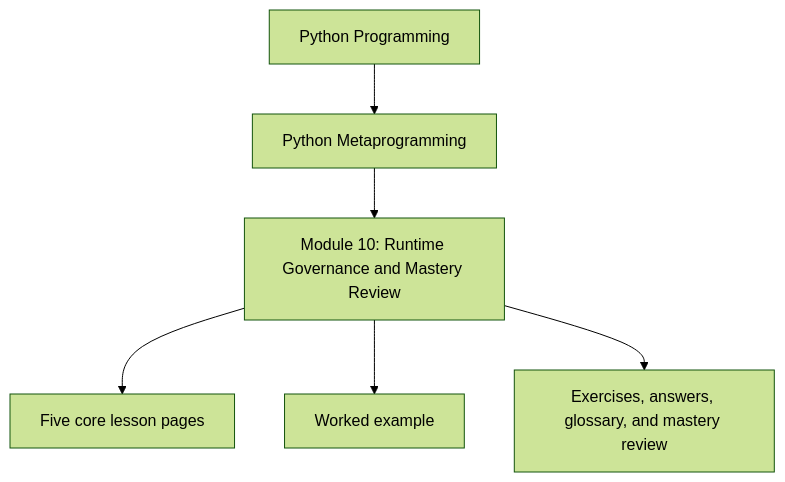
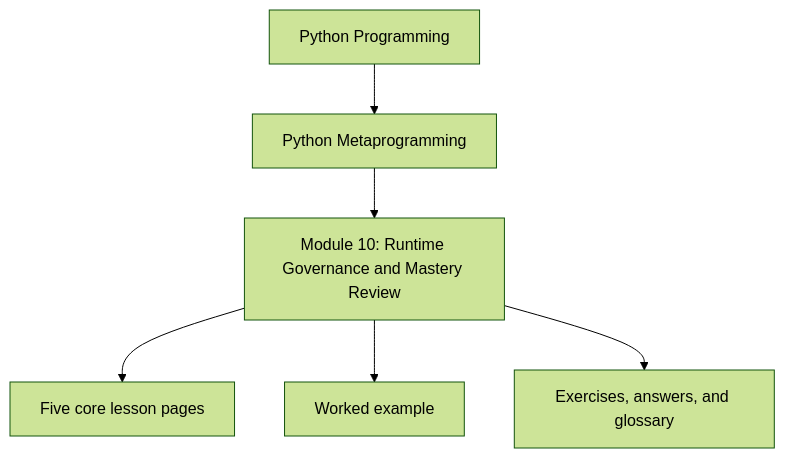
Before and after one commit to bijux/bijux-masterclass: the first of 2 diagrams in programs/python-programming/python-meta-programming/course-book/module-10-runtime-governance-mastery-review/index.md, drawn with Mermaid (forest theme). The commit also changed other lines of this file and 8 other files, not shown here.

Commit message:
docs(module-10): remove extra review page from module set

````diff
--- a/programs/python-programming/python-meta-programming/course-book/module-10-runtime-governance-mastery-review/index.md
+++ b/programs/python-programming/python-meta-programming/course-book/module-10-runtime-governance-mastery-review/index.md
@@ -6,8 +6,8 @@
 ```mermaid
 flowchart TD
   family["Python Programming"] --> program["Python Metaprogramming"]
   program --> module["Module 10: Runtime Governance and Mastery Review"]
   module --> cores["Five core lesson pages"]
   module --> example["Worked example"]
-  module --> practice["Exercises, answers, glossary, and mastery review"]
+  module --> practice["Exercises, answers, and glossary"]
 ```
````
